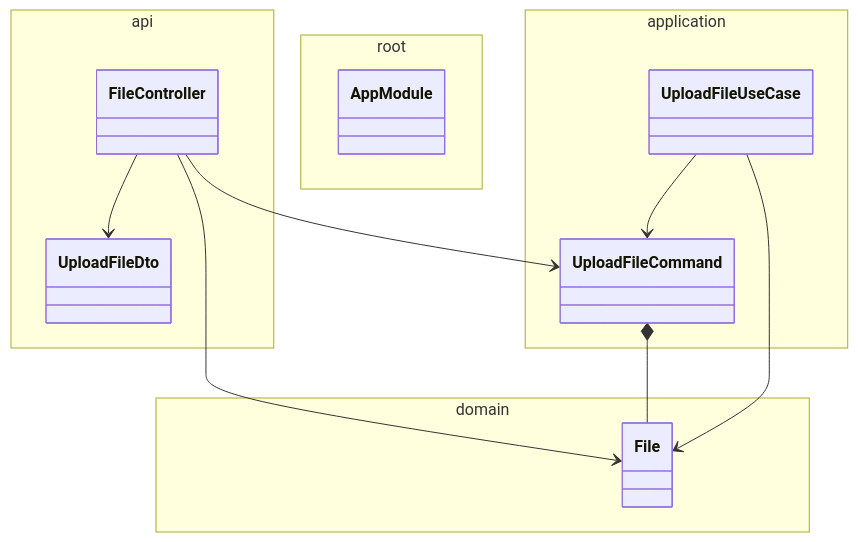
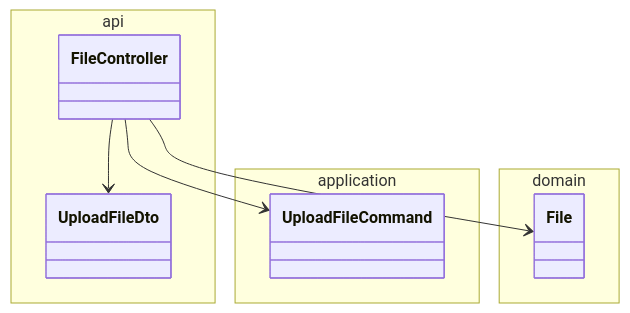
Before and after one commit to pslotinsky/decay-of-magic: the first of 4 diagrams in services/vault-service/README.md, drawn with Mermaid. The commit also changed other lines of this file and 11 other files, not shown here.

````diff
--- a/services/vault-service/README.md
+++ b/services/vault-service/README.md
@@ -38,27 +10,17 @@
 ```mermaid
 classDiagram
   namespace api {
     class FileController
     class UploadFileDto
   }
-
   namespace application {
     class UploadFileCommand
-    class UploadFileUseCase
   }
-
   namespace domain {
     class File
-  }
-
-  namespace root {
-    class AppModule
   }
 
   FileController --> UploadFileDto
   FileController --> UploadFileCommand
   FileController --> File
-  UploadFileCommand *-- File
-  UploadFileUseCase --> UploadFileCommand
-  UploadFileUseCase --> File
 ```
````
